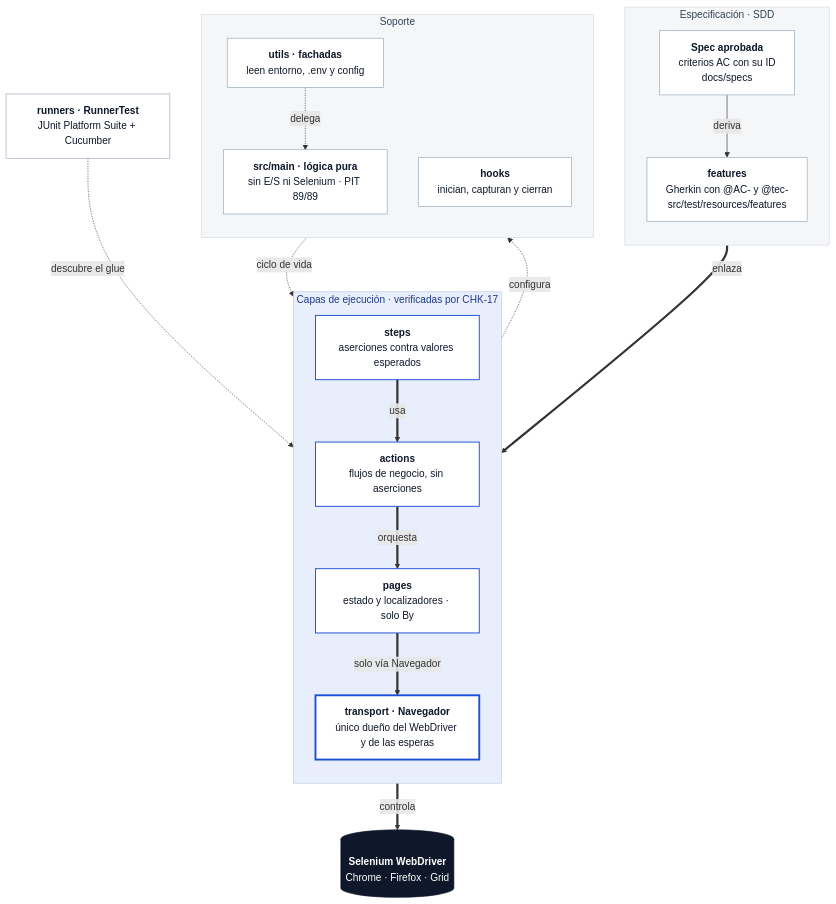
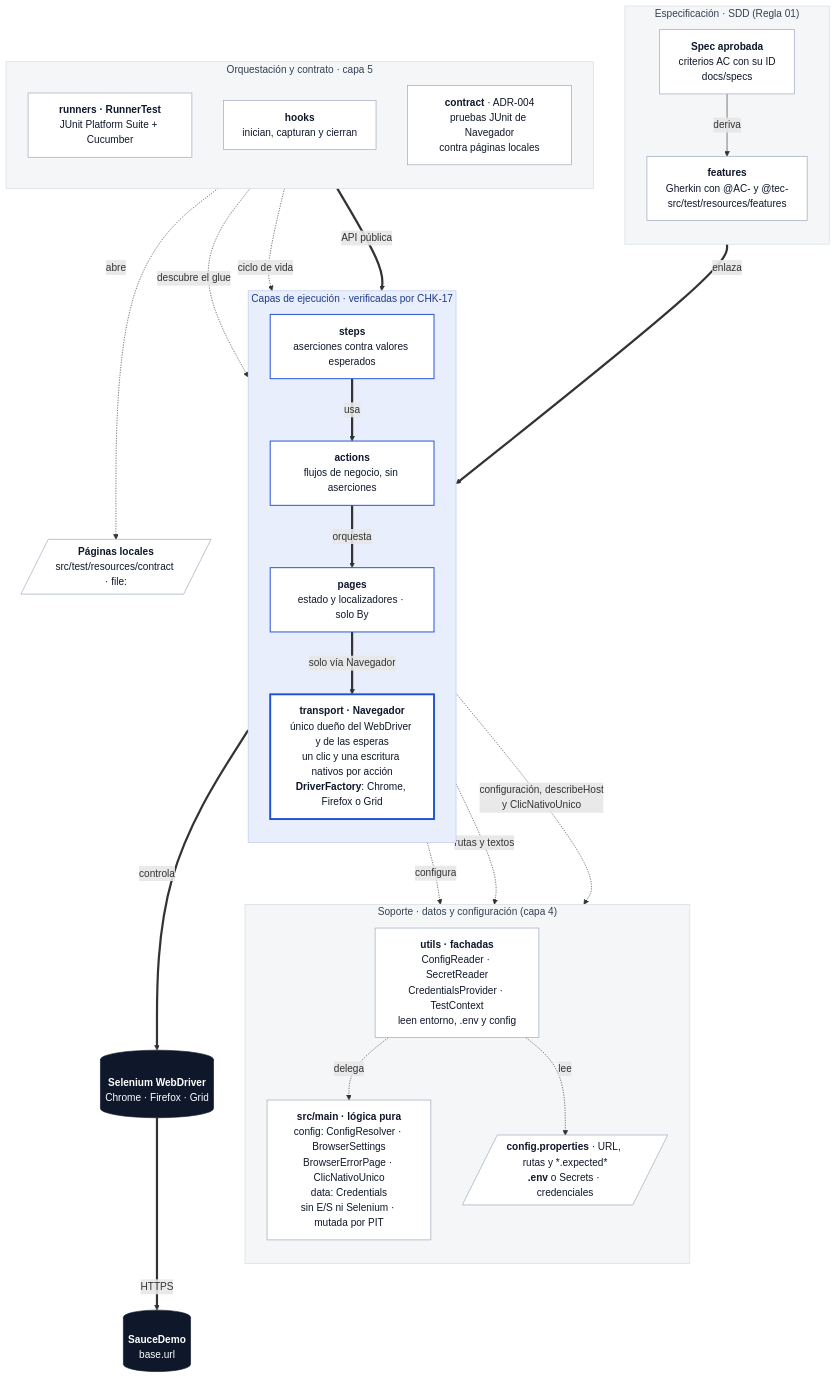
The second of 4 diagrams in README.md (eavilac01/spec-driven-selenium-cucumber), drawn with Mermaid before and after one commit. The commit also changed other lines of this file, not shown here.

First line of the commit message:
docs(readme): arquitectura en tres vistas y estructura completa del proyecto

````diff
--- a/README.md
+++ b/README.md
@@ -109,50 +181,65 @@
 ```mermaid
 flowchart TB
-    subgraph SDD["Especificación · SDD"]
+    subgraph SDD["Especificación · SDD (Regla 01)"]
         direction TB
         spec["<b>Spec aprobada</b><br/>criterios AC con su ID<br/>docs/specs"]
         feat["<b>features</b><br/>Gherkin con @AC- y @tec-<br/>src/test/resources/features"]
     end
 
-    runner["<b>runners · RunnerTest</b><br/>JUnit Platform Suite + Cucumber"]
+    subgraph ORQ["Orquestación y contrato · capa 5"]
+        direction TB
+        runner["<b>runners · RunnerTest</b><br/>JUnit Platform Suite + Cucumber"]
+        hooks["<b>hooks</b><br/>inician, capturan y cierran"]
+        contract["<b>contract</b> · ADR-004<br/>pruebas JUnit de Navegador<br/>contra páginas locales"]
+    end
 
     subgraph CAPAS["Capas de ejecución · verificadas por CHK-17"]
         direction TB
         steps["<b>steps</b><br/>aserciones contra valores esperados"]
         actions["<b>actions</b><br/>flujos de negocio, sin aserciones"]
         pages["<b>pages</b><br/>estado y localizadores · solo By"]
-        transport["<b>transport · Navegador</b><br/>único dueño del WebDriver y de las esperas"]
+        transport["<b>transport · Navegador</b><br/>único dueño del WebDriver y de las esperas<br/>un clic y una escritura nativos por acción<br/><b>DriverFactory</b>: Chrome, Firefox o Grid"]
     end
 
     selenium[("<b>Selenium WebDriver</b><br/>Chrome · Firefox · Grid")]
 
-    subgraph SOPORTE["Soporte"]
+    subgraph SOPORTE["Soporte · datos y configuración (capa 4)"]
         direction TB
-        utils["<b>utils · fachadas</b><br/>leen entorno, .env y config"]
-        pure["<b>src/main · lógica pura</b><br/>sin E/S ni Selenium · PIT 89/89"]
-        hooks["<b>hooks</b><br/>inician, capturan y cierran"]
+        utils["<b>utils · fachadas</b><br/>ConfigReader · SecretReader<br/>CredentialsProvider · TestContext<br/>leen entorno, .env y config"]
+        pure["<b>src/main · lógica pura</b><br/>config: ConfigResolver · BrowserSettings<br/>BrowserErrorPage · ClicNativoUnico<br/>data: Credentials<br/>sin E/S ni Selenium · mutada por PIT"]
+        props[/"<b>config.properties</b> · URL, rutas y *.expected*<br/><b>.env</b> o Secrets · credenciales"/]
     end
+
+    sut[("<b>SauceDemo</b><br/>base.url")]
+    localpages[/"<b>Páginas locales</b><br/>src/test/resources/contract · file:"/]
 
     spec -->|deriva| feat
     feat ==>|enlaza| steps
     runner -.->|descubre el glue| steps
     steps ==>|usa| actions
     actions ==>|orquesta| pages
     pages ==>|solo vía Navegador| transport
     transport ==>|controla| selenium
+    selenium ==>|HTTPS| sut
     steps -.->|configura| utils
     utils -.->|delega| pure
+    utils -.->|lee| props
+    pages -.->|rutas y textos| utils
+    transport -.->|configuración, describeHost<br/>y ClicNativoUnico| pure
     hooks -.->|ciclo de vida| transport
+    contract ==>|API pública| transport
+    contract -.->|abre| localpages
 
     classDef layer fill:#FFFFFF,stroke:#1D4ED8,stroke-width:1.5px,color:#0F172A
     classDef owner fill:#FFFFFF,stroke:#1D4ED8,stroke-width:3px,color:#0F172A
     classDef neutral fill:#FFFFFF,stroke:#94A3B8,stroke-width:1px,color:#0F172A
     classDef driver fill:#0F172A,stroke:#0F172A,color:#FFFFFF
     class steps,actions,pages layer
     class transport owner
-    class spec,feat,runner,utils,pure,hooks neutral
-    class selenium driver
+    class spec,feat,runner,utils,pure,hooks,contract,props,localpages neutral
+    class selenium,sut driver
     style CAPAS fill:#E8EEFB,stroke:#B9C7EE,color:#1E3A8A
     style SDD fill:#F5F6F8,stroke:#D5DAE1,color:#334155
+    style ORQ fill:#F5F6F8,stroke:#D5DAE1,color:#334155
     style SOPORTE fill:#F5F6F8,stroke:#D5DAE1,color:#334155
 ```
````
